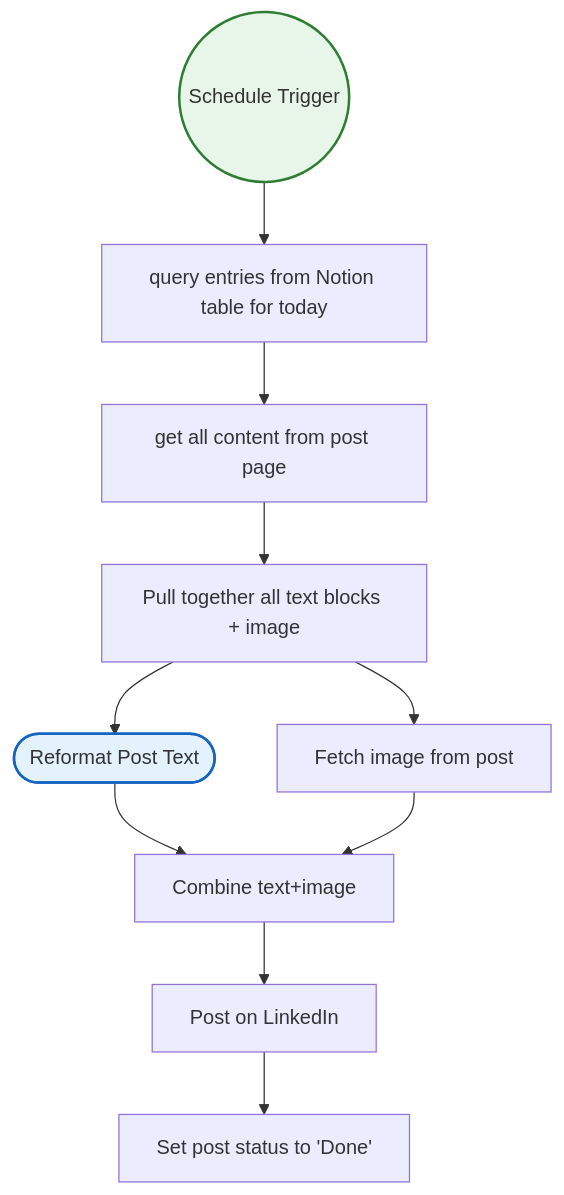
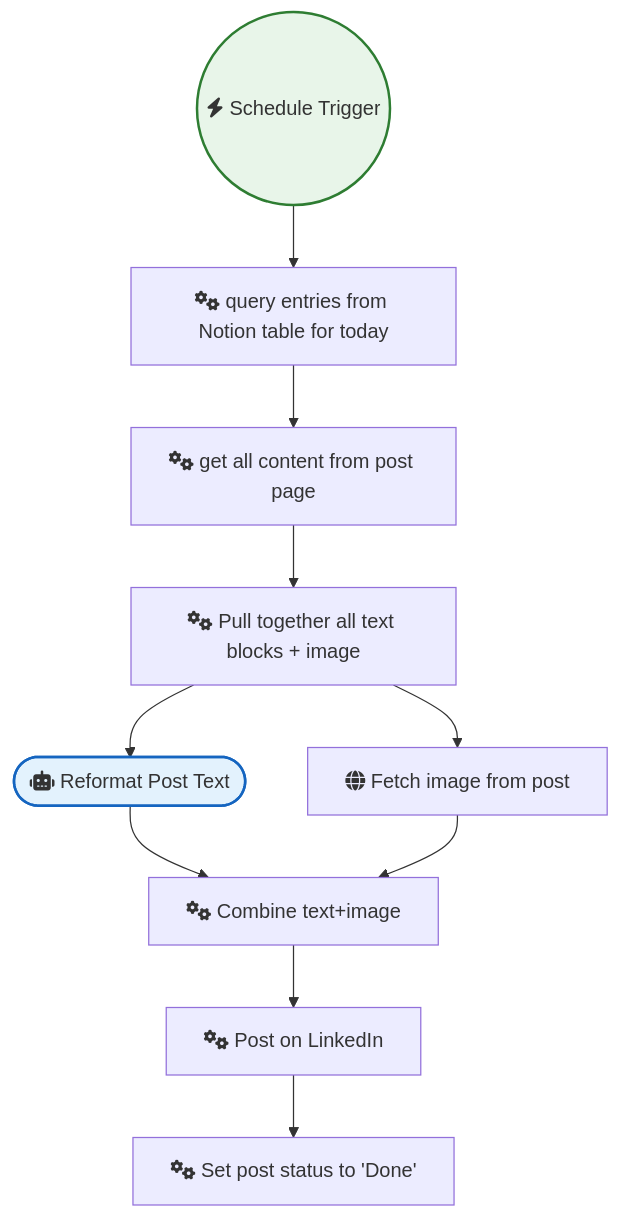
Before and after one commit to sreyash3105/N8N-DEMO-AUTOMATIONS: the diagram in Notion/Automate Linkedin Posts with Ai.md, drawn with Mermaid. The commit also changed 291 other files, not shown here.

````diff
--- a/Notion/Automate Linkedin Posts with Ai.md
+++ b/Notion/Automate Linkedin Posts with Ai.md
@@ -1,26 +1,26 @@
 ```mermaid
 graph TD
     classDef trigger fill:#e8f5e9,stroke:#2e7d32,stroke-width:2px;
     classDef ai fill:#e3f2fd,stroke:#1565c0,stroke-width:2px;
     classDef logic fill:#fff3e0,stroke:#ef6c00,stroke-width:2px;
 
-    Schedule_Trigger(("Schedule Trigger")):::trigger
-    Set_post_status_to__Done_["Set post status to 'Done'"]
-    Post_on_LinkedIn["Post on LinkedIn"]
-    Combine_text_image["Combine text+image"]
-    Fetch_image_from_post["Fetch image from post"]
-    Reformat_Post_Text(["Reformat Post Text"]):::ai
-    get_all_content_from_post_page["get all content from post page"]
-    Pull_together_all_text_blocks___image["Pull together all text blocks + image"]
-    query_entries_from_Notion_table_for_today["query entries from Notion table for today"]
+    Schedule_Trigger(("fas:fa-bolt Schedule Trigger")):::trigger
+    Set_post_status_to__Done_["fas:fa-cogs Set post status to 'Done'"]
+    Post_on_LinkedIn["fas:fa-cogs Post on LinkedIn"]
+    Combine_text_image["fas:fa-cogs Combine text+image"]
+    Fetch_image_from_post["fas:fa-globe Fetch image from post"]
+    Reformat_Post_Text(["fas:fa-robot Reformat Post Text"]):::ai
+    get_all_content_from_post_page["fas:fa-cogs get all content from post page"]
+    Pull_together_all_text_blocks___image["fas:fa-cogs Pull together all text blocks + image"]
+    query_entries_from_Notion_table_for_today["fas:fa-cogs query entries from Notion table for today"]
 
     Post_on_LinkedIn --> Set_post_status_to__Done_
     Schedule_Trigger --> query_entries_from_Notion_table_for_today
     Combine_text_image --> Post_on_LinkedIn
     Reformat_Post_Text --> Combine_text_image
     Fetch_image_from_post --> Combine_text_image
     get_all_content_from_post_page --> Pull_together_all_text_blocks___image
     Pull_together_all_text_blocks___image --> Fetch_image_from_post
     Pull_together_all_text_blocks___image --> Reformat_Post_Text
     query_entries_from_Notion_table_for_today --> get_all_content_from_post_page
 ```
````
